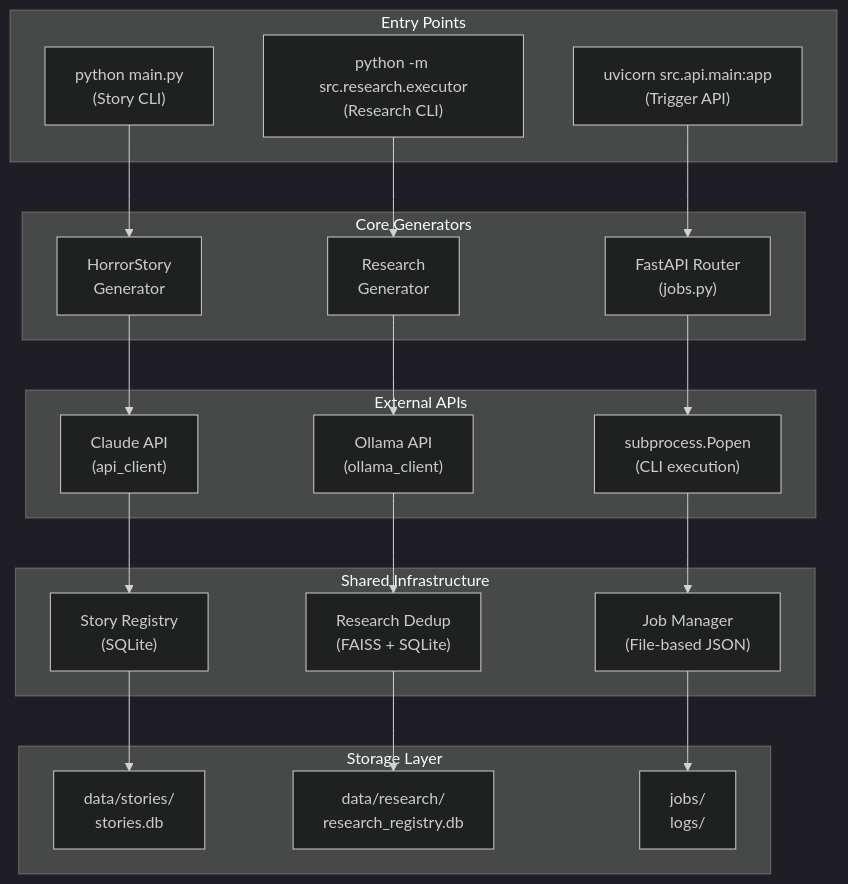
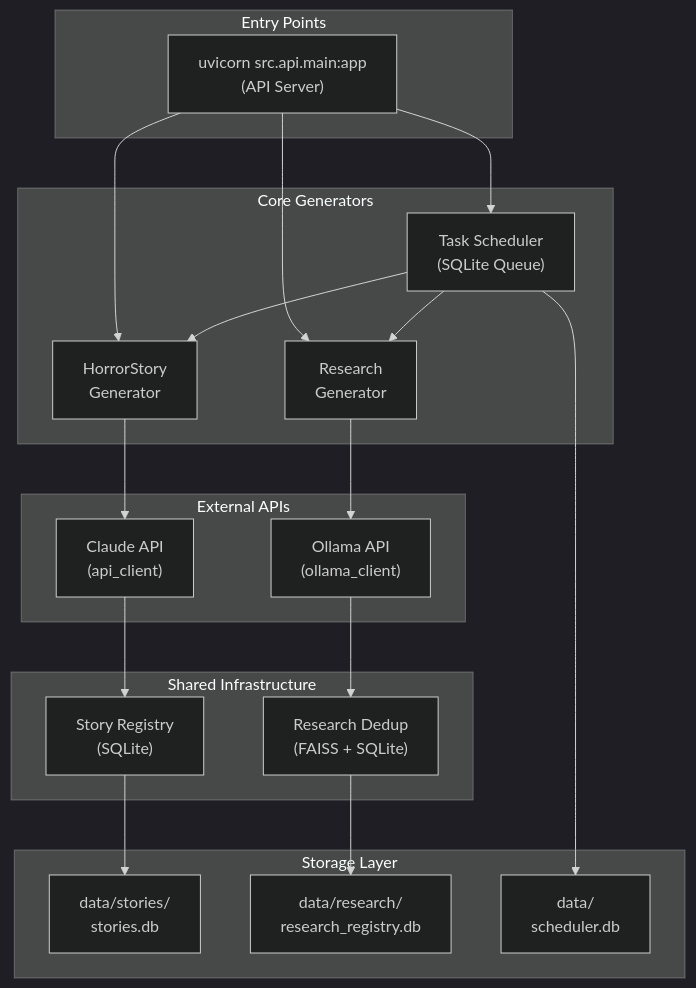
Before and after one commit to VinylStage/horror-story-generator: the first of 15 diagrams in docs/core/ARCHITECTURE.md, drawn with Mermaid (dark theme). The commit also changed other lines of this file and 36 other files, not shown here.

First line of the commit message:
feat!: remove legacy trigger endpoints and CLI (#113, #114) (#139)

````diff
--- a/docs/core/ARCHITECTURE.md
+++ b/docs/core/ARCHITECTURE.md
@@ -22,48 +22,45 @@
 ```mermaid
 flowchart TB
     subgraph Entry["Entry Points"]
-        CLI1["python main.py<br/>(Story CLI)"]
-        CLI2["python -m src.research.executor<br/>(Research CLI)"]
-        API["uvicorn src.api.main:app<br/>(Trigger API)"]
+        API["uvicorn src.api.main:app<br/>(API Server)"]
     end
 
     subgraph Core["Core Generators"]
         SG["HorrorStory<br/>Generator"]
         RG["Research<br/>Generator"]
-        Router["FastAPI Router<br/>(jobs.py)"]
+        Scheduler["Task Scheduler<br/>(SQLite Queue)"]
     end
 
     subgraph External["External APIs"]
         Claude["Claude API<br/>(api_client)"]
         Ollama["Ollama API<br/>(ollama_client)"]
-        Subprocess["subprocess.Popen<br/>(CLI execution)"]
     end
 
     subgraph Infra["Shared Infrastructure"]
         StoryReg["Story Registry<br/>(SQLite)"]
         ResDedup["Research Dedup<br/>(FAISS + SQLite)"]
-        JobMgr["Job Manager<br/>(File-based JSON)"]
     end
 
     subgraph Storage["Storage Layer"]
         DS["data/stories/<br/>stories.db"]
         DR["data/research/<br/>research_registry.db"]
-        Jobs["jobs/<br/>logs/"]
+        TaskDB["data/<br/>scheduler.db"]
     end
 
-    CLI1 --> SG
-    CLI2 --> RG
-    API --> Router
+    API --> Scheduler
+    API --> SG
+    API --> RG
+
+    Scheduler --> SG
+    Scheduler --> RG
 
     SG --> Claude
     RG --> Ollama
-    Router --> Subprocess
 
     Claude --> StoryReg
     Ollama --> ResDedup
-    Subprocess --> JobMgr
 
     StoryReg --> DS
     ResDedup --> DR
-    JobMgr --> Jobs
+    Scheduler --> TaskDB
 ```
````
